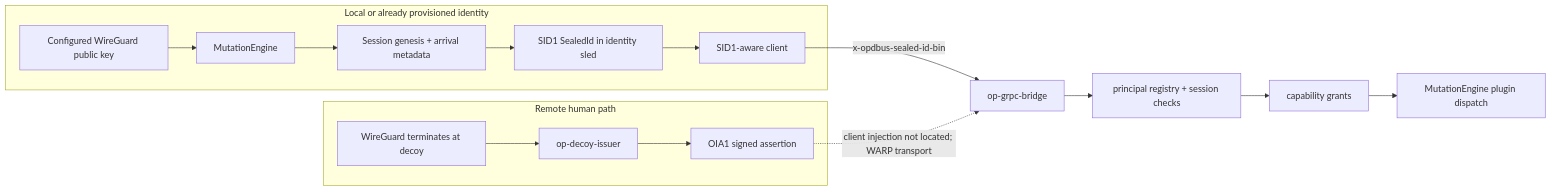
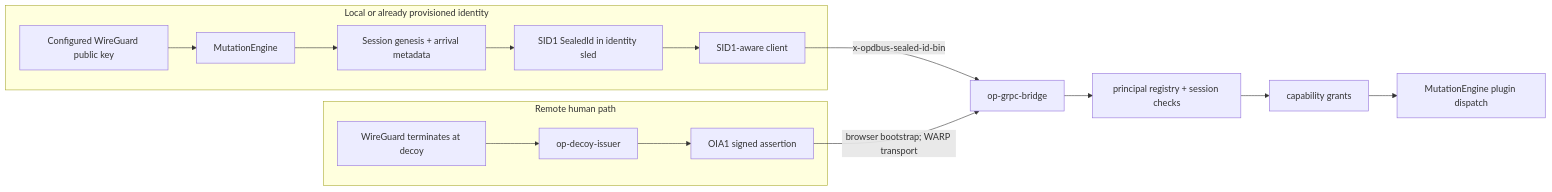
The diagram in docs/src/architecture/identity-transport.md (repr0bated/odbus-verified), drawn with Mermaid before and after one commit. The commit also changed other lines of this file and 90 other files, not shown here.

````diff
--- a/docs/src/architecture/identity-transport.md
+++ b/docs/src/architecture/identity-transport.md
@@ -11,24 +11,24 @@
 ```mermaid
 flowchart LR
   subgraph local[Local or already provisioned identity]
     K[Configured WireGuard public key]
     M[MutationEngine]
     G[Session genesis + arrival metadata]
     S[SID1 SealedId in identity sled]
     I[SID1-aware client]
     K --> M --> G --> S --> I
   end
 
   subgraph decoy[Remote human path]
     WG[WireGuard terminates at decoy]
     O[op-decoy-issuer]
     A[OIA1 signed assertion]
     WG --> O --> A
   end
 
   I -->|x-opdbus-sealed-id-bin| R[op-grpc-bridge]
-  A -.->|client injection not located; WARP transport| R
+  A -->|browser bootstrap; WARP transport| R
   R --> P[principal registry + session checks]
   P --> C[capability grants]
   C --> D[MutationEngine plugin dispatch]
 ```
````
